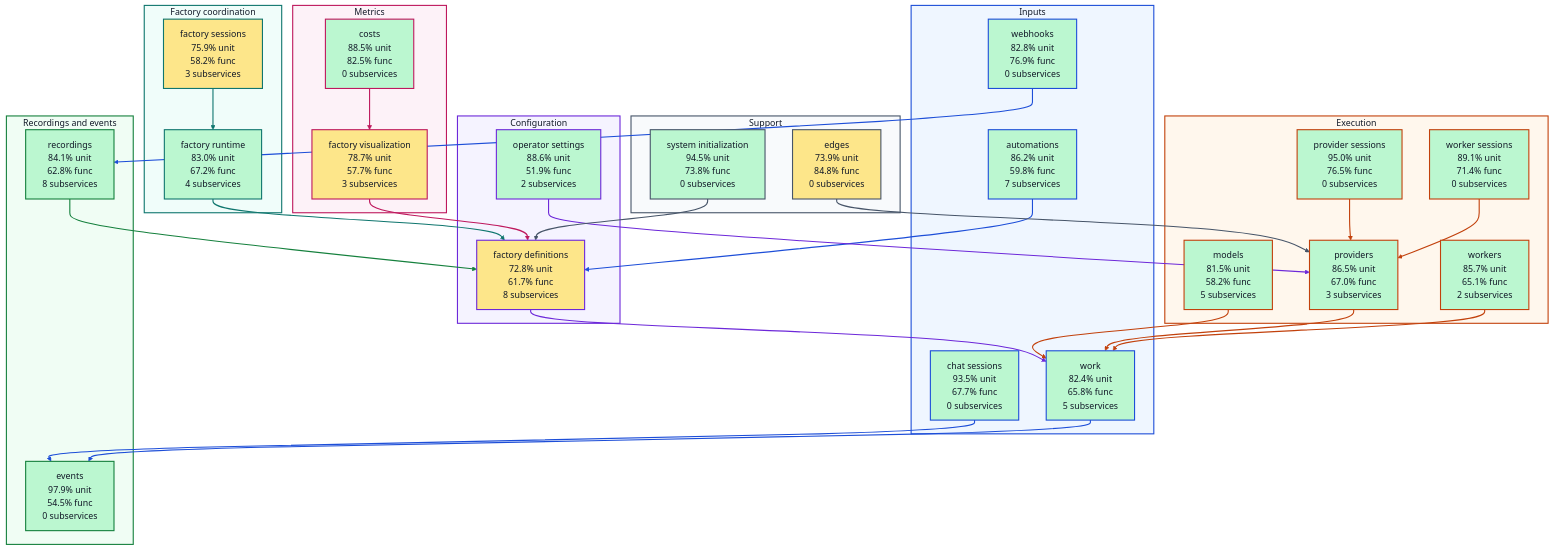
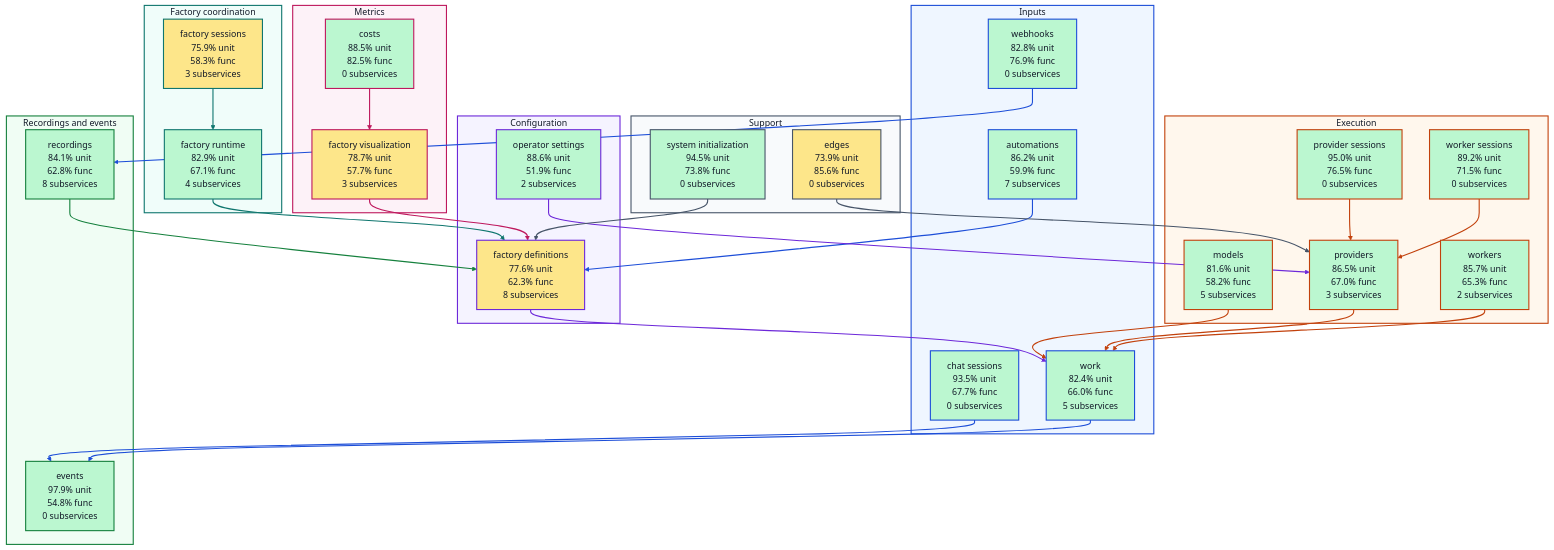
One commit to portpowered/you-agent-factory changed the diagram in docs/architecture/visualizations/high-level-test-coverage.md. Above: the diagram before and after it, drawn with Mermaid (forest theme). The commit also changed other lines of this file and 20 other files, not shown here.

Commit message:
docs: refresh backend architecture visualizations

````diff
--- a/docs/architecture/visualizations/high-level-test-coverage.md
+++ b/docs/architecture/visualizations/high-level-test-coverage.md
@@ -11,28 +11,28 @@
 ```mermaid
 flowchart TB
   subgraph input["Inputs"]
-    s_services_automations["automations<br/>86.2% unit<br/>59.8% func<br/>7 subservices"]
+    s_services_automations["automations<br/>86.2% unit<br/>59.9% func<br/>7 subservices"]
     s_services_chat_sessions["chat sessions<br/>93.5% unit<br/>67.7% func<br/>0 subservices"]
     s_services_webhooks["webhooks<br/>82.8% unit<br/>76.9% func<br/>0 subservices"]
-    s_services_work["work<br/>82.4% unit<br/>65.8% func<br/>5 subservices"]
+    s_services_work["work<br/>82.4% unit<br/>66.0% func<br/>5 subservices"]
   end
   subgraph configuration["Configuration"]
-    s_services_factory_definitions["factory definitions<br/>72.8% unit<br/>61.7% func<br/>8 subservices"]
+    s_services_factory_definitions["factory definitions<br/>77.6% unit<br/>62.3% func<br/>8 subservices"]
     s_services_operator_settings["operator settings<br/>88.6% unit<br/>51.9% func<br/>2 subservices"]
   end
   subgraph coordination["Factory coordination"]
-    s_services_factory_runtime["factory runtime<br/>83.0% unit<br/>67.2% func<br/>4 subservices"]
-    s_services_factory_sessions["factory sessions<br/>75.9% unit<br/>58.2% func<br/>3 subservices"]
+    s_services_factory_runtime["factory runtime<br/>82.9% unit<br/>67.1% func<br/>4 subservices"]
+    s_services_factory_sessions["factory sessions<br/>75.9% unit<br/>58.3% func<br/>3 subservices"]
   end
   subgraph execution["Execution"]
-    s_services_models["models<br/>81.5% unit<br/>58.2% func<br/>5 subservices"]
+    s_services_models["models<br/>81.6% unit<br/>58.2% func<br/>5 subservices"]
     s_services_provider_sessions["provider sessions<br/>95.0% unit<br/>76.5% func<br/>0 subservices"]
     s_services_providers["providers<br/>86.5% unit<br/>67.0% func<br/>3 subservices"]
-    s_services_worker_sessions["worker sessions<br/>89.1% unit<br/>71.4% func<br/>0 subservices"]
-    s_services_workers["workers<br/>85.7% unit<br/>65.1% func<br/>2 subservices"]
+    s_services_worker_sessions["worker sessions<br/>89.2% unit<br/>71.5% func<br/>0 subservices"]
+    s_services_workers["workers<br/>85.7% unit<br/>65.3% func<br/>2 subservices"]
   end
   subgraph recordings["Recordings and events"]
-    s_services_events["events<br/>97.9% unit<br/>54.5% func<br/>0 subservices"]
+    s_services_events["events<br/>97.9% unit<br/>54.8% func<br/>0 subservices"]
     s_services_recordings["recordings<br/>84.1% unit<br/>62.8% func<br/>8 subservices"]
   end
   subgraph metrics["Metrics"]
@@ -40,7 +40,7 @@
     s_services_factory_visualization["factory visualization<br/>78.7% unit<br/>57.7% func<br/>3 subservices"]
   end
   subgraph support["Support"]
-    s_services_edges["edges<br/>73.9% unit<br/>84.8% func<br/>0 subservices"]
+    s_services_edges["edges<br/>73.9% unit<br/>85.6% func<br/>0 subservices"]
     s_services_system_initialization["system initialization<br/>94.5% unit<br/>73.8% func<br/>0 subservices"]
   end
   s_services_automations --> s_services_factory_definitions
````
